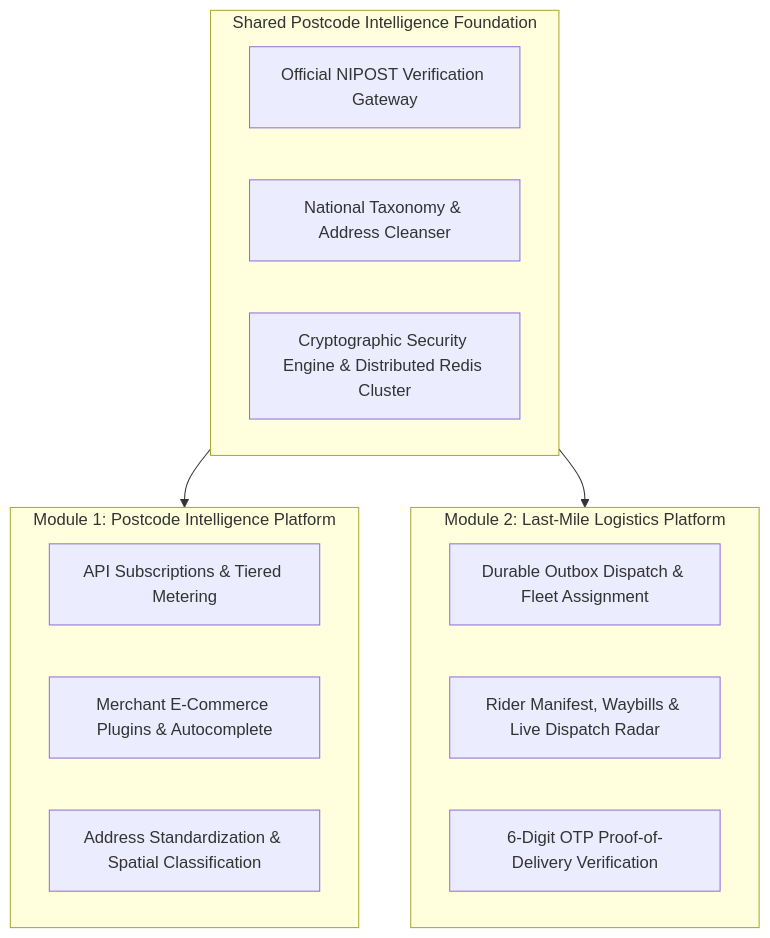
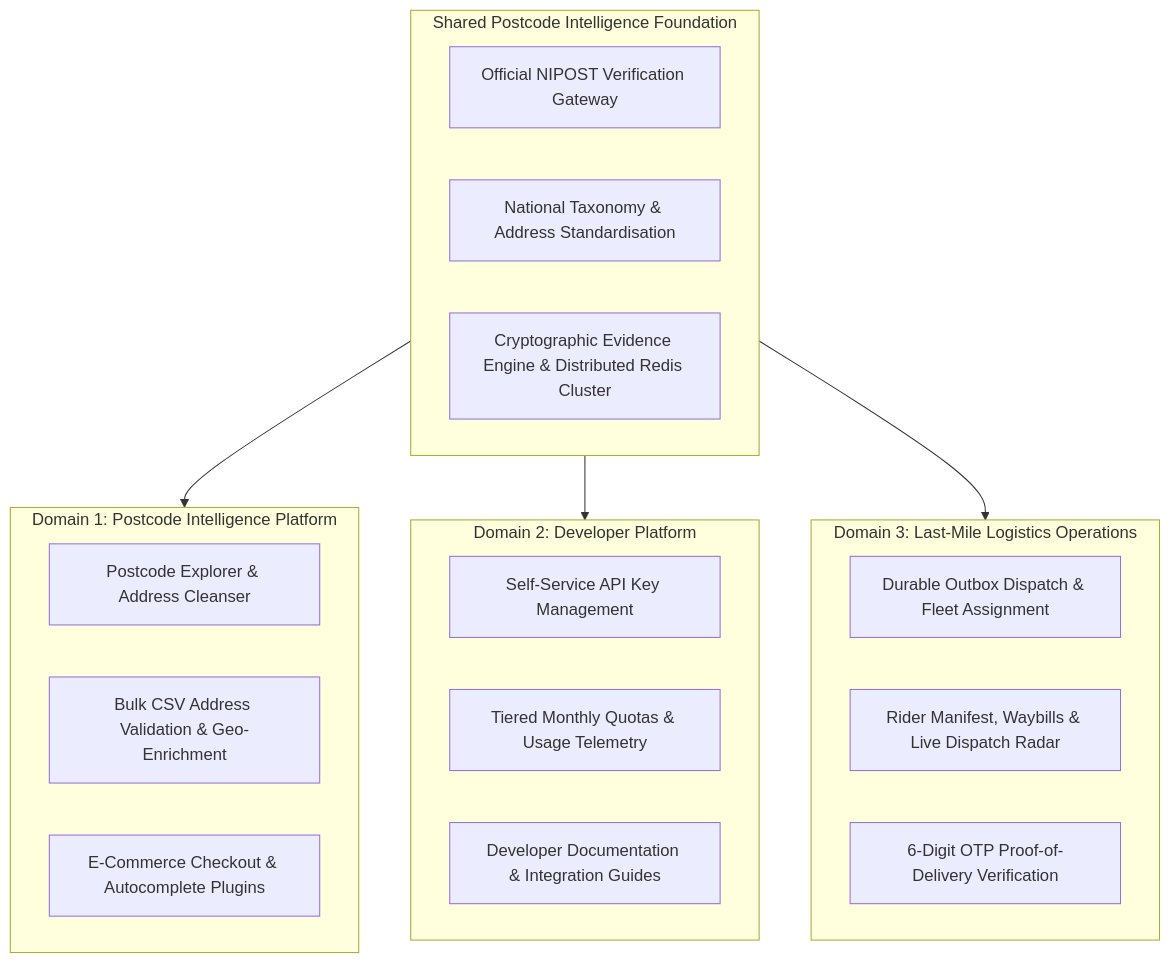
One commit to gsimeon/postcodelink changed the diagram in README.md. Above: the diagram before and after it, drawn with Mermaid. The commit also changed other lines of this file and 7 other files, not shown here.

````diff
--- a/README.md
+++ b/README.md
@@ -20,23 +20,30 @@
 ```mermaid
 graph TD
     subgraph Foundation [Shared Postcode Intelligence Foundation]
         NIPOST[Official NIPOST Verification Gateway]
-        TAX[National Taxonomy & Address Cleanser]
-        SEC[Cryptographic Security Engine & Distributed Redis Cluster]
+        TAX[National Taxonomy & Address Standardisation]
+        SEC[Cryptographic Evidence Engine & Distributed Redis Cluster]
     end
 
-    subgraph ModuleA [Module 1: Postcode Intelligence Platform]
-        API_SUB[API Subscriptions & Tiered Metering]
-        MERCH_SDK[Merchant E-Commerce Plugins & Autocomplete]
-        ADDR_CLEAN[Address Standardization & Spatial Classification]
+    subgraph Domain1 [Domain 1: Postcode Intelligence Platform]
+        POSTCODE_SEARCH[Postcode Explorer & Address Cleanser]
+        BULK_VALIDATE[Bulk CSV Address Validation & Geo-Enrichment]
+        CHECKOUT_SDK[E-Commerce Checkout & Autocomplete Plugins]
     end
 
-    subgraph ModuleB [Module 2: Last-Mile Logistics Platform]
+    subgraph Domain2 [Domain 2: Developer Platform]
+        API_KEYS[Self-Service API Key Management]
+        QUOTAS[Tiered Monthly Quotas & Usage Telemetry]
+        DOCS[Developer Documentation & Integration Guides]
+    end
+
+    subgraph Domain3 [Domain 3: Last-Mile Logistics Operations]
         ORDER_DISP[Durable Outbox Dispatch & Fleet Assignment]
         COURIER_APP[Rider Manifest, Waybills & Live Dispatch Radar]
         POD[6-Digit OTP Proof-of-Delivery Verification]
     end
 
-    Foundation --> ModuleA
-    Foundation --> ModuleB
+    Foundation --> Domain1
+    Foundation --> Domain2
+    Foundation --> Domain3
 ```
````
